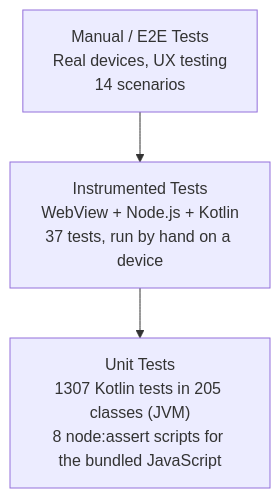
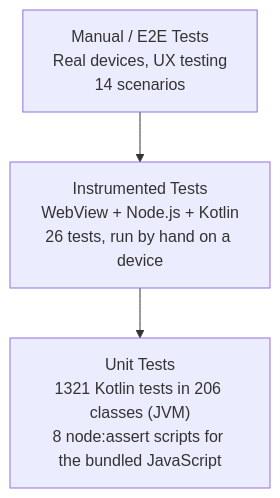
The first of 3 diagrams in docs/07-TESTING_STRATEGY.md (cuixinyuan666/vscodroid), drawn with Mermaid before and after one commit. The commit also changed other lines of this file and 1 other file, not shown here.

First paragraph of the commit message:
test(a11y): pin the two spoken screen transitions
Four states that existed only in the visual channel were given a spoken
one; two of them were pinned and two were not. Both of the unpinned ones
are invisible to a sighted reviewer, so either could be deleted and
nothing would go red.

````diff
--- a/docs/07-TESTING_STRATEGY.md
+++ b/docs/07-TESTING_STRATEGY.md
@@ -23,5 +23,5 @@
 ```mermaid
 flowchart TD
-  E2E["Manual / E2E Tests<br/>Real devices, UX testing<br/>14 scenarios"] --> INT["Instrumented Tests<br/>WebView + Node.js + Kotlin<br/>37 tests, run by hand on a device"]
-  INT --> UNIT["Unit Tests<br/>1307 Kotlin tests in 205 classes (JVM)<br/>8 node:assert scripts for the bundled JavaScript"]
+  E2E["Manual / E2E Tests<br/>Real devices, UX testing<br/>14 scenarios"] --> INT["Instrumented Tests<br/>WebView + Node.js + Kotlin<br/>26 tests, run by hand on a device"]
+  INT --> UNIT["Unit Tests<br/>1321 Kotlin tests in 206 classes (JVM)<br/>8 node:assert scripts for the bundled JavaScript"]
 ```
````
